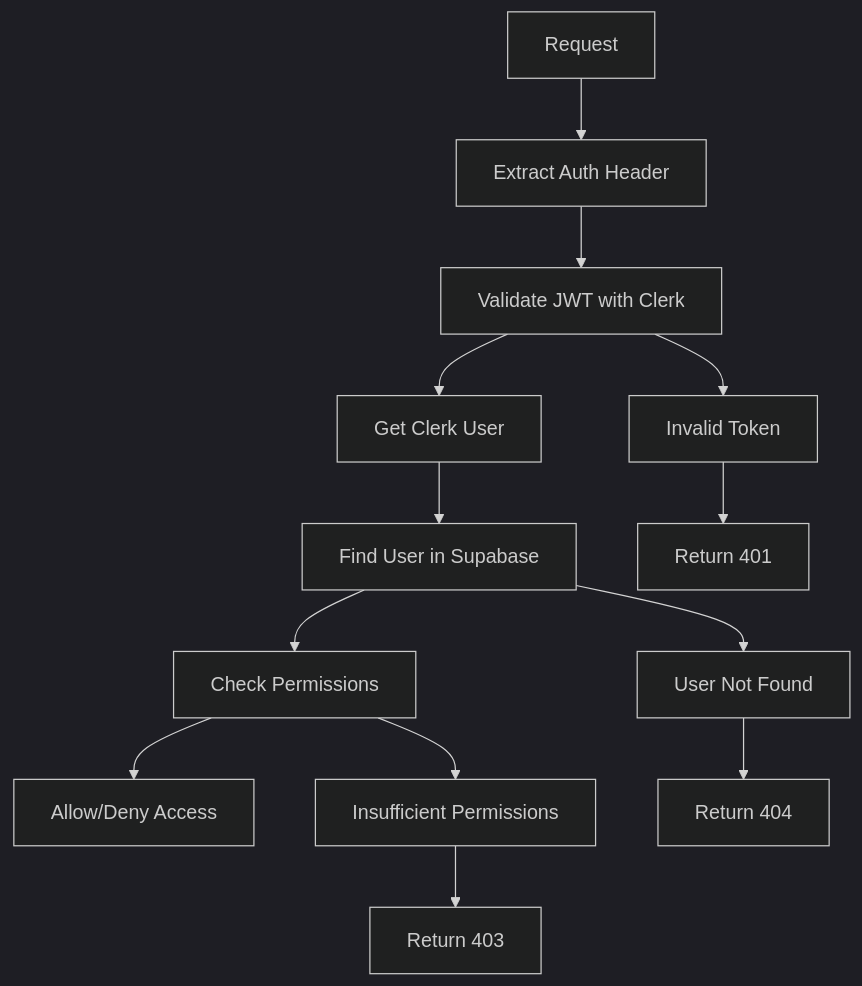
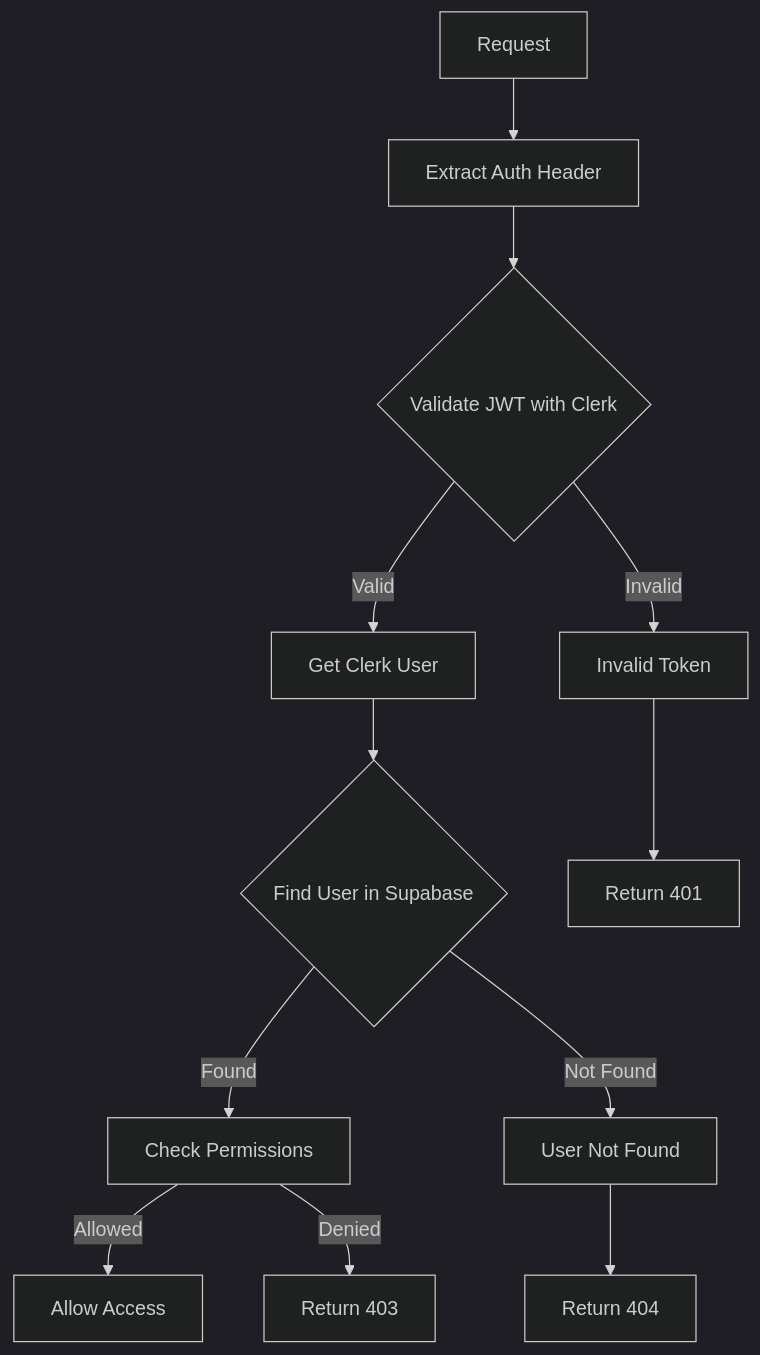
One commit to suarja/editia-core changed the diagram in docs/auth/security.md. Above: the diagram before and after it, drawn with Mermaid (dark theme). The commit also changed other lines of this file and 8 other files, not shown here.

````diff
--- a/docs/auth/security.md
+++ b/docs/auth/security.md
@@ -183,18 +171,16 @@
 ```mermaid
 graph TD
-    A[Request] --> B[Extract Auth Header]
-    B --> C[Validate JWT with Clerk]
-    C --> D[Get Clerk User]
-    D --> E[Find User in Supabase]
-    E --> F[Check Permissions]
-    F --> G[Allow/Deny Access]
+    A[Request] --> B[Extract Auth Header];
+    B --> C{Validate JWT with Clerk};
+    C -- Valid --> D[Get Clerk User];
+    D --> E{Find User in Supabase};
+    E -- Found --> F[Check Permissions];
+    F -- Allowed --> G[Allow Access];
+    F -- Denied --> M[Return 403];
 
-    C --> H[Invalid Token]
-    H --> I[Return 401]
+    C -- Invalid --> H[Invalid Token];
+    H --> I[Return 401];
 
-    E --> J[User Not Found]
-    J --> K[Return 404]
-
-    F --> L[Insufficient Permissions]
-    L --> M[Return 403]
+    E -- Not Found --> J[User Not Found];
+    J --> K[Return 404];
 ```
````
